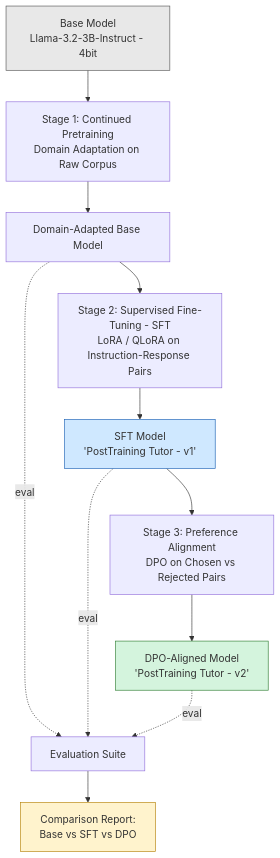
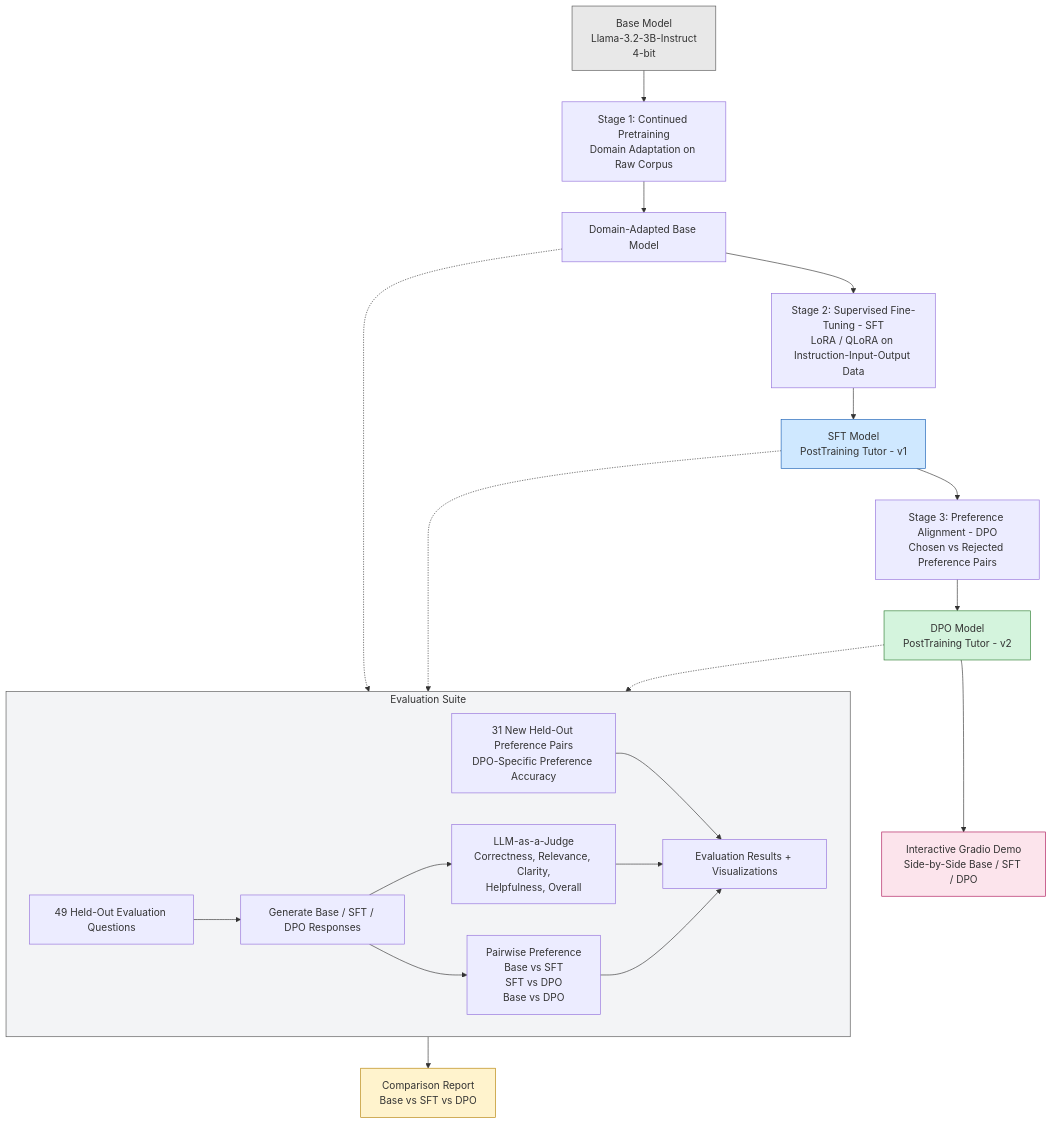
The diagram in presentation/architecture_diagram.md (Hiteshwari7/LLM-PostTraining-Lab), drawn with Mermaid before and after one commit.

Commit message:
Update architecture diagram for clarity and detail

````diff
--- a/presentation/architecture_diagram.md
+++ b/presentation/architecture_diagram.md
@@ -5,19 +5,45 @@
 ```mermaid
 flowchart TD
-    A[Base Model<br/>Llama-3.2-3B-Instruct - 4bit] --> B[Stage 1: Continued Pretraining<br/>Domain Adaptation on Raw Corpus]
+    A[Base Model<br/>Llama-3.2-3B-Instruct<br/>4-bit] --> B[Stage 1: Continued Pretraining<br/>Domain Adaptation on Raw Corpus]
+
     B --> C[Domain-Adapted Base Model]
-    C --> D[Stage 2: Supervised Fine-Tuning - SFT<br/>LoRA / QLoRA on Instruction-Response Pairs]
-    D --> E[SFT Model<br/>'PostTraining Tutor - v1']
-    E --> F[Stage 3: Preference Alignment<br/>DPO on Chosen vs Rejected Pairs]
-    F --> G[DPO-Aligned Model<br/>'PostTraining Tutor - v2']
 
-    C -.eval.-> H[Evaluation Suite]
-    E -.eval.-> H
-    G -.eval.-> H
-    H --> I[Comparison Report:<br/>Base vs SFT vs DPO]
+    C --> D[Stage 2: Supervised Fine-Tuning - SFT<br/>LoRA / QLoRA on Instruction-Input-Output Data]
+
+    D --> E[SFT Model<br/>PostTraining Tutor - v1]
+
+    E --> F[Stage 3: Preference Alignment - DPO<br/>Chosen vs Rejected Preference Pairs]
+
+    F --> G[DPO Model<br/>PostTraining Tutor - v2]
+
+    C -.-> H
+    E -.-> H
+    G -.-> H
+
+    subgraph H[Evaluation Suite]
+        H1[49 Held-Out Evaluation Questions]
+        H2[Generate Base / SFT / DPO Responses]
+        H3[LLM-as-a-Judge<br/>Correctness, Relevance, Clarity,<br/>Helpfulness, Overall]
+        H4[Pairwise Preference<br/>Base vs SFT<br/>SFT vs DPO<br/>Base vs DPO]
+        H5[31 New Held-Out Preference Pairs<br/>DPO-Specific Preference Accuracy]
+        H6[Evaluation Results + Visualizations]
+
+        H1 --> H2
+        H2 --> H3
+        H2 --> H4
+        H5 --> H6
+        H3 --> H6
+        H4 --> H6
+    end
+
+    H --> I[Comparison Report<br/>Base vs SFT vs DPO]
+
+    G --> J[Interactive Gradio Demo<br/>Side-by-Side Base / SFT / DPO]
 
     style A fill:#e8e8e8,stroke:#555
     style E fill:#cfe8ff,stroke:#1a5fb4
     style G fill:#d4f4dd,stroke:#2e7d32
+    style H fill:#f3f4f6,stroke:#555
     style I fill:#fff3cd,stroke:#b58105
+    style J fill:#fce4ec,stroke:#ad1457
 ```
````
